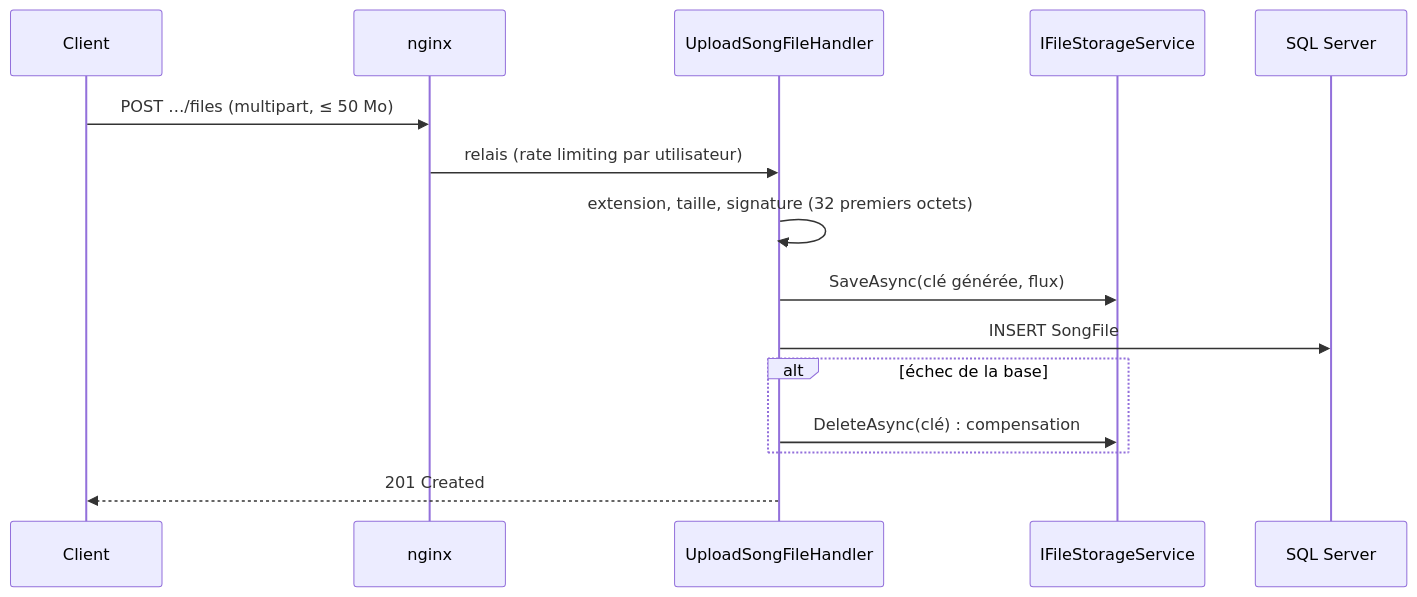
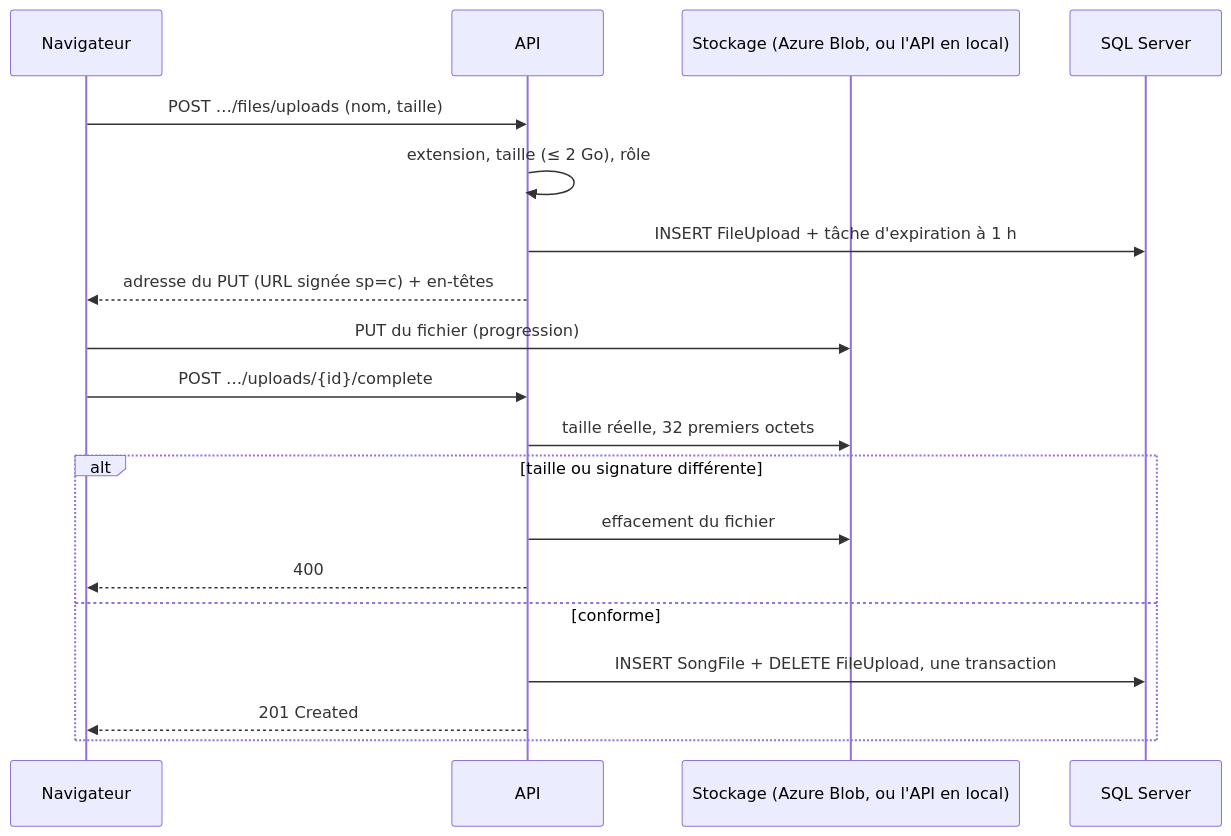
Before and after one commit to niko0543-png/SongVault_master: the sixth of 7 diagrams in docs/architecture.md, drawn with Mermaid. The commit also changed other lines of this file and 60 other files, not shown here.

````diff
--- a/docs/architecture.md
+++ b/docs/architecture.md
@@ -137,17 +151,21 @@
 ```mermaid
 sequenceDiagram
-    participant C as Client
-    participant N as nginx
-    participant H as UploadSongFileHandler
-    participant S as IFileStorageService
+    participant C as Navigateur
+    participant A as API
+    participant S as Stockage (Azure Blob, ou l'API en local)
     participant DB as SQL Server
-    C->>N: POST …/files (multipart, ≤ 50 Mo)
-    N->>H: relais (rate limiting par utilisateur)
-    H->>H: extension, taille, signature (32 premiers octets)
-    H->>S: SaveAsync(clé générée, flux)
-    H->>DB: INSERT SongFile
-    alt échec de la base
-        H->>S: DeleteAsync(clé) : compensation
+    C->>A: POST …/files/uploads (nom, taille)
+    A->>A: extension, taille (≤ 2 Go), rôle
+    A->>DB: INSERT FileUpload + tâche d'expiration à 1 h
+    A-->>C: adresse du PUT (URL signée sp=c) + en-têtes
+    C->>S: PUT du fichier (progression)
+    C->>A: POST …/uploads/{id}/complete
+    A->>S: taille réelle, 32 premiers octets
+    alt taille ou signature différente
+        A->>S: effacement du fichier
+        A-->>C: 400
+    else conforme
+        A->>DB: INSERT SongFile + DELETE FileUpload, une transaction
+        A-->>C: 201 Created
     end
-    H-->>C: 201 Created
 ```
````
